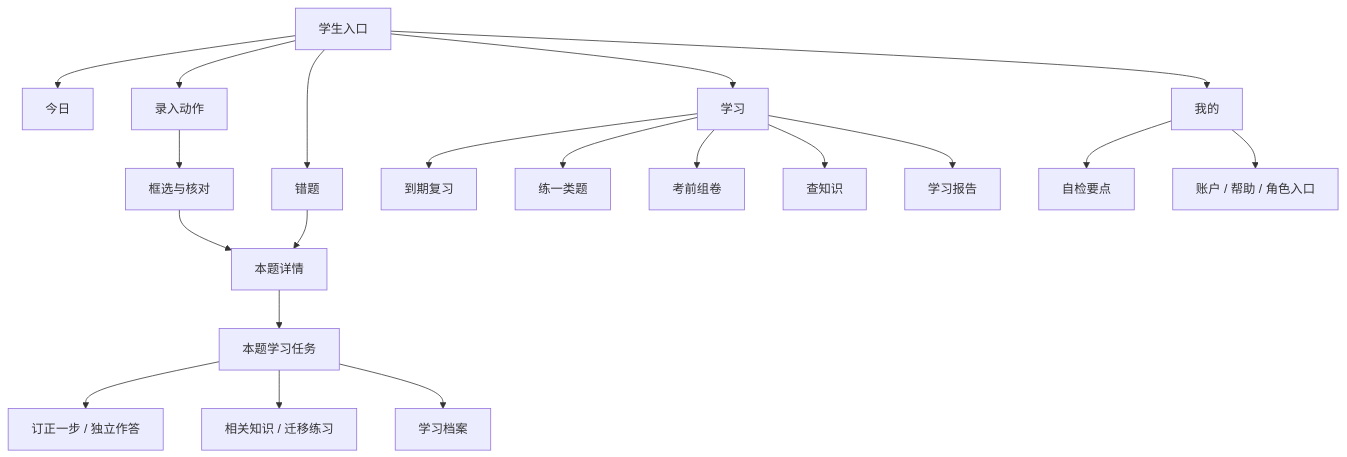
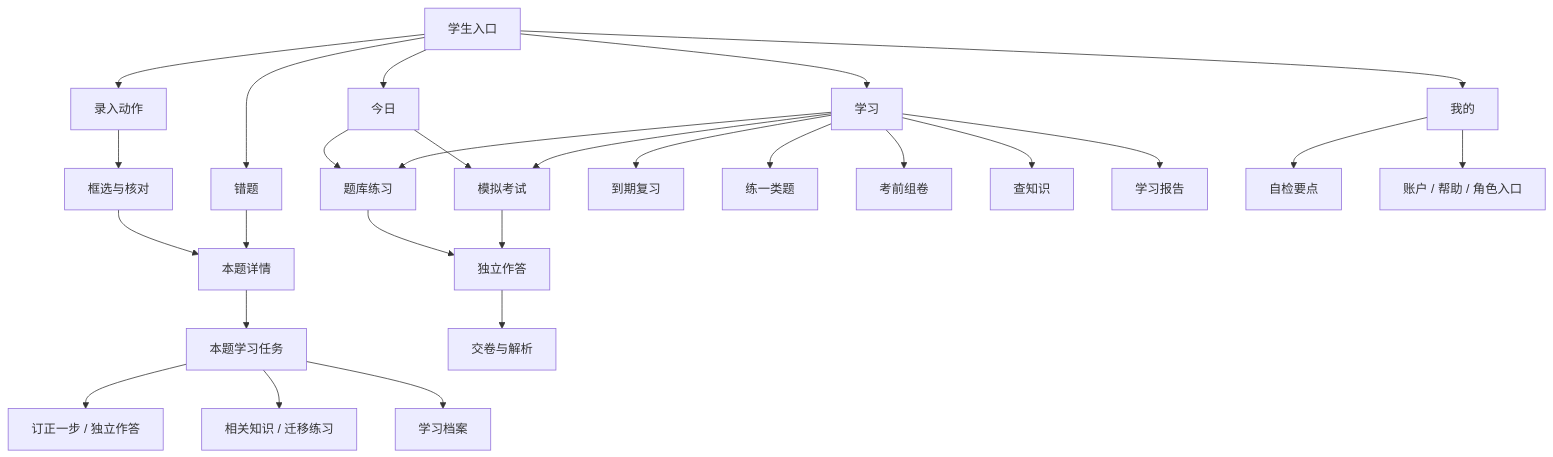
Before and after one commit to Baxxhy/cuoti: the diagram in docs/final/UI_SPEC.md, drawn with Mermaid. The commit also changed other lines of this file and 28 other files, not shown here.

````diff
--- a/docs/final/UI_SPEC.md
+++ b/docs/final/UI_SPEC.md
@@ -29,22 +36,29 @@
 ```mermaid
 flowchart TD
   ROOT[学生入口] --> TODAY[今日]
   ROOT --> QUESTIONS[错题]
   ROOT --> LEARN[学习]
   ROOT --> ME[我的]
   ROOT --> CAPTURE[录入动作]
   CAPTURE --> CHECK[框选与核对]
   CHECK --> DETAIL[本题详情]
   QUESTIONS --> DETAIL
   DETAIL --> TASK[本题学习任务]
   TASK --> CORRECT[订正一步 / 独立作答]
   TASK --> RELATED[相关知识 / 迁移练习]
   TASK --> JOURNEY[学习档案]
+  TODAY --> BANK[题库练习]
+  TODAY --> EXAM[模拟考试]
+  LEARN --> BANK
+  LEARN --> EXAM
+  BANK --> SESSION[独立作答]
+  EXAM --> SESSION
+  SESSION --> RESULT[交卷与解析]
   LEARN --> REVIEW[到期复习]
   LEARN --> PRACTICE[练一类题]
   LEARN --> PAPER[考前组卷]
   LEARN --> KNOWLEDGE[查知识]
   LEARN --> REPORT[学习报告]
   ME --> NOTES[自检要点]
   ME --> HELP[账户 / 帮助 / 角色入口]
 ```
````
